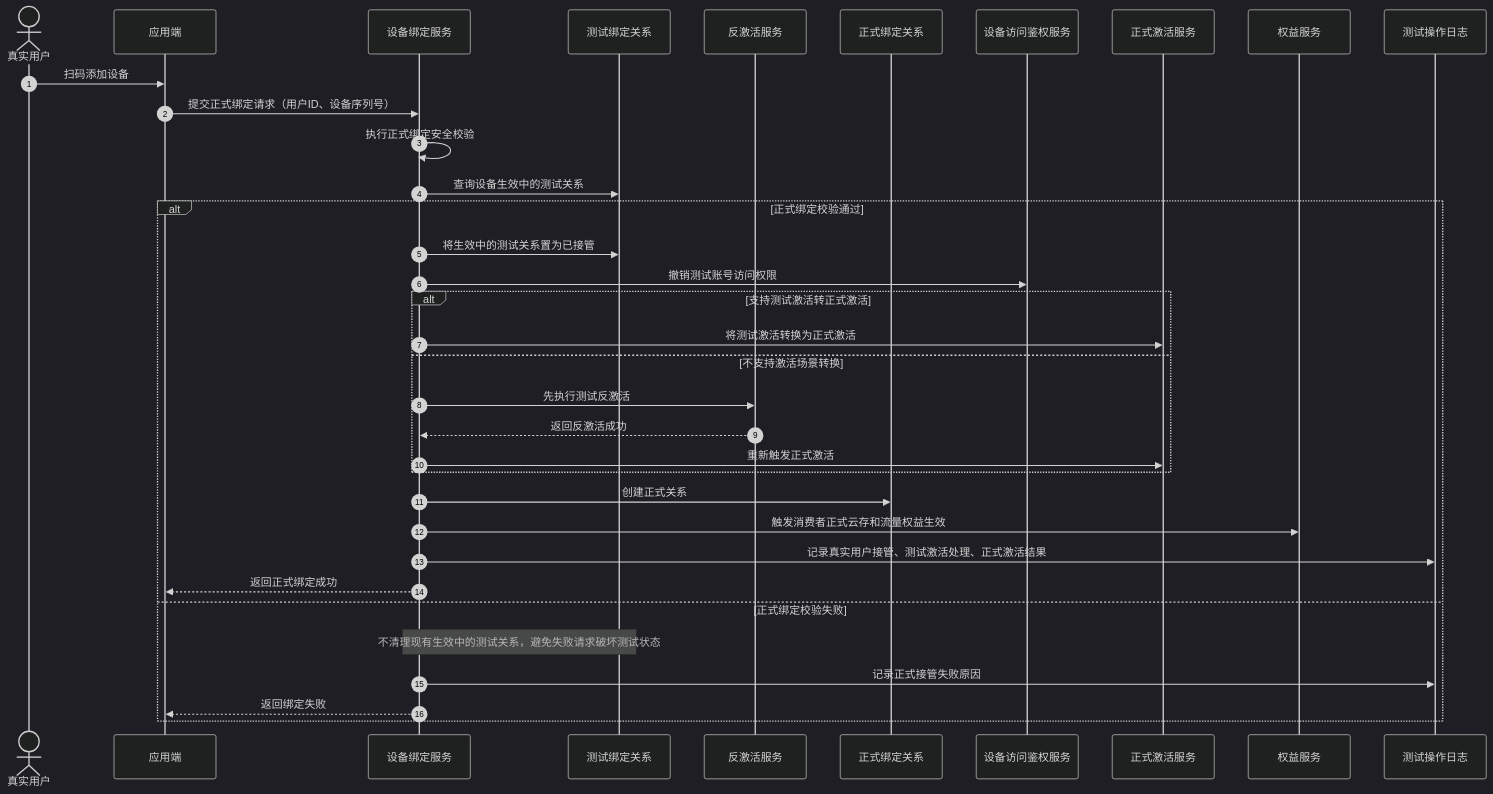
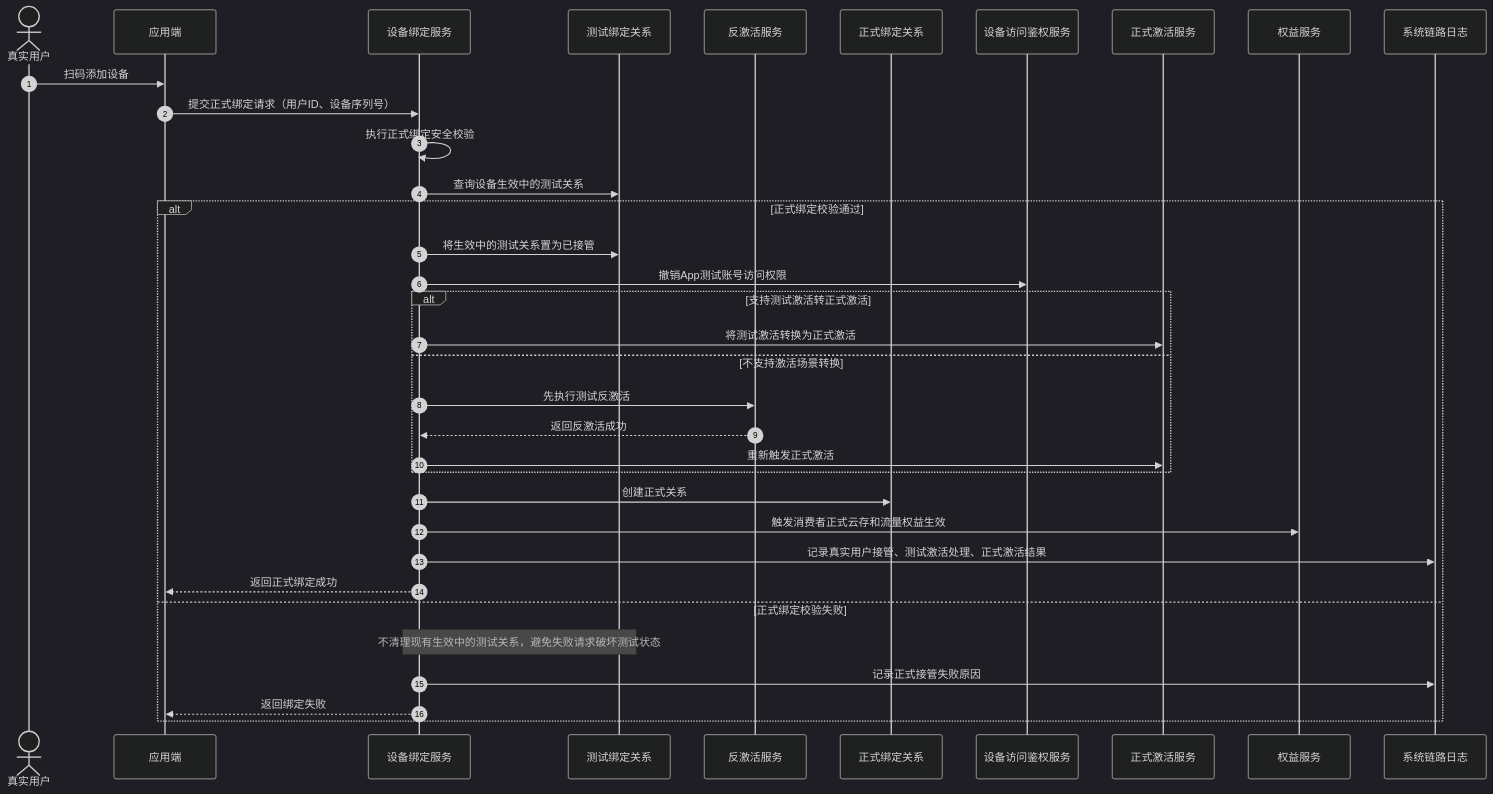
One commit to tangtangtang-tys/Equipment-Center-all changed the fourth of 4 diagrams in 设备中心/产品文档/0706-设备反激活/经销商测试免激活需求方案评审稿.md. Above: the diagram before and after it, drawn with Mermaid (dark theme). The commit also changed other lines of this file and 9 other files, not shown here.

````diff
--- a/设备中心/产品文档/0706-设备反激活/经销商测试免激活需求方案评审稿.md
+++ b/设备中心/产品文档/0706-设备反激活/经销商测试免激活需求方案评审稿.md
@@ -736,39 +718,39 @@
 ```mermaid
 sequenceDiagram
     autonumber
     actor 真实用户
     participant 应用端
     participant 设备绑定服务
     participant 测试绑定关系
     participant 反激活服务
     participant 正式绑定关系
     participant 设备访问鉴权服务
     participant 正式激活服务
     participant 权益服务
-    participant 测试操作日志
+    participant 系统链路日志
 
     真实用户->>应用端: 扫码添加设备
     应用端->>设备绑定服务: 提交正式绑定请求（用户ID、设备序列号）
     设备绑定服务->>设备绑定服务: 执行正式绑定安全校验
     设备绑定服务->>测试绑定关系: 查询设备生效中的测试关系
 
     alt 正式绑定校验通过
         设备绑定服务->>测试绑定关系: 将生效中的测试关系置为已接管
-        设备绑定服务->>设备访问鉴权服务: 撤销测试账号访问权限
+        设备绑定服务->>设备访问鉴权服务: 撤销App测试账号访问权限
         alt 支持测试激活转正式激活
             设备绑定服务->>正式激活服务: 将测试激活转换为正式激活
         else 不支持激活场景转换
             设备绑定服务->>反激活服务: 先执行测试反激活
             反激活服务-->>设备绑定服务: 返回反激活成功
             设备绑定服务->>正式激活服务: 重新触发正式激活
         end
         设备绑定服务->>正式绑定关系: 创建正式关系
         设备绑定服务->>权益服务: 触发消费者正式云存和流量权益生效
-        设备绑定服务->>测试操作日志: 记录真实用户接管、测试激活处理、正式激活结果
+        设备绑定服务->>系统链路日志: 记录真实用户接管、测试激活处理、正式激活结果
         设备绑定服务-->>应用端: 返回正式绑定成功
     else 正式绑定校验失败
         Note over 设备绑定服务,测试绑定关系: 不清理现有生效中的测试关系，避免失败请求破坏测试状态
-        设备绑定服务->>测试操作日志: 记录正式接管失败原因
+        设备绑定服务->>系统链路日志: 记录正式接管失败原因
         设备绑定服务-->>应用端: 返回绑定失败
     end
 ```
````
